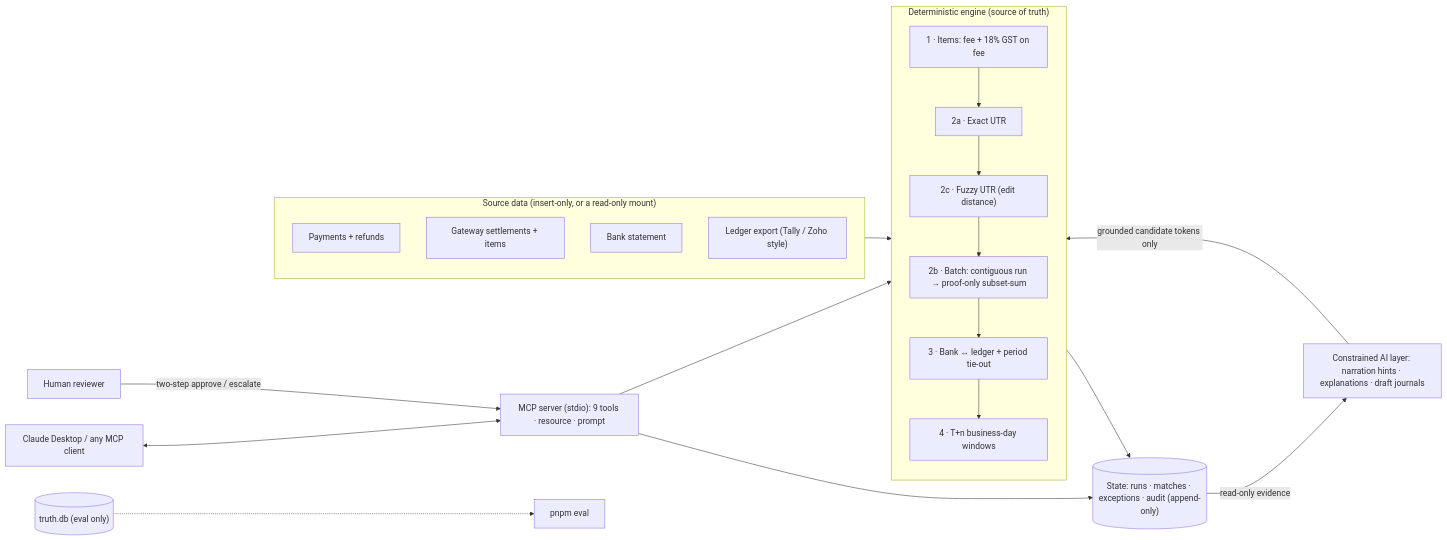
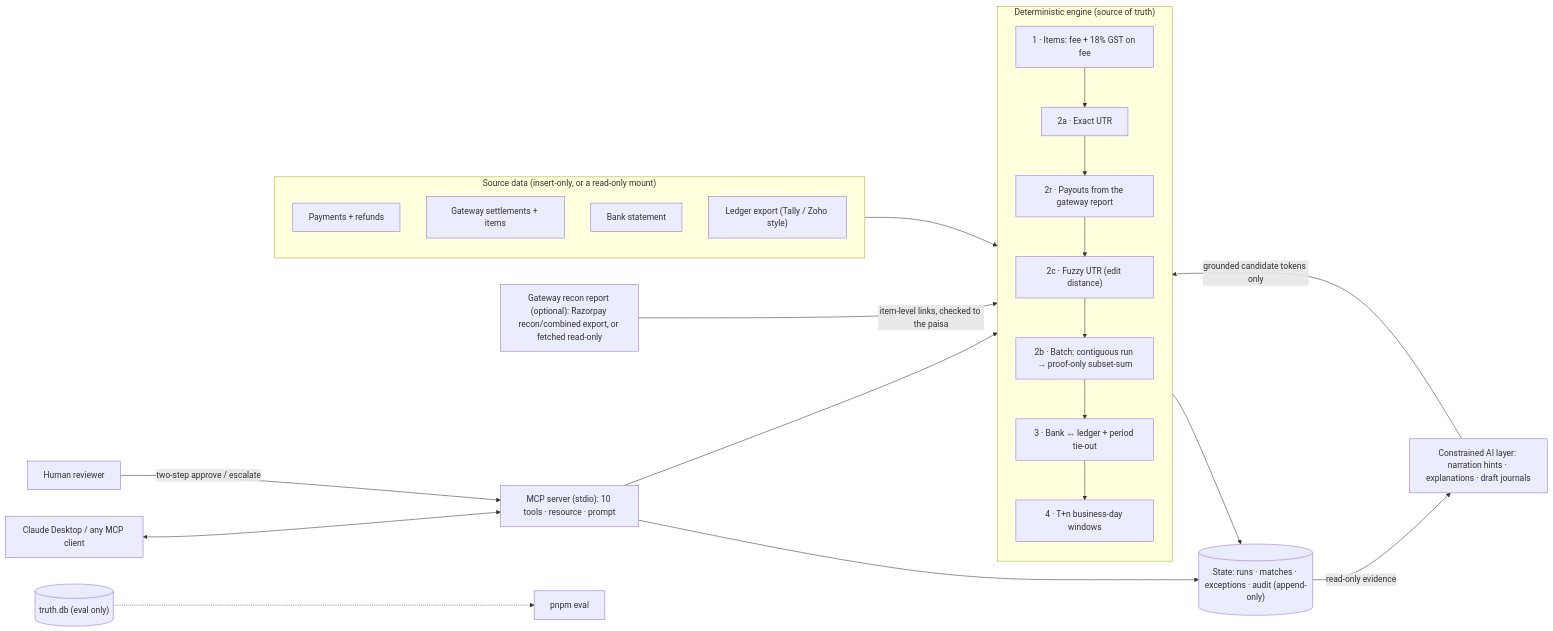
The diagram in README.md (hmshuv/closeloop), drawn with Mermaid before and after one commit. The commit also changed other lines of this file and 49 other files, not shown here.

````diff
--- a/README.md
+++ b/README.md
@@ -32,22 +32,24 @@
 ```mermaid
 flowchart LR
   subgraph SRC["Source data (insert-only, or a read-only mount)"]
     P["Payments + refunds"]
     S["Gateway settlements + items"]
     B["Bank statement"]
     L["Ledger export (Tally / Zoho style)"]
   end
+  R["Gateway recon report (optional): Razorpay recon/combined export, or fetched read-only"]
   subgraph ENG["Deterministic engine (source of truth)"]
     direction TB
-    E1["1 · Items: fee + 18% GST on fee"] --> E2a["2a · Exact UTR"] --> E2c["2c · Fuzzy UTR (edit distance)"] --> E2b["2b · Batch: contiguous run → proof-only subset-sum"] --> E3["3 · Bank ↔ ledger + period tie-out"] --> E4["4 · T+n business-day windows"]
+    E1["1 · Items: fee + 18% GST on fee"] --> E2a["2a · Exact UTR"] --> E2r["2r · Payouts from the gateway report"] --> E2c["2c · Fuzzy UTR (edit distance)"] --> E2b["2b · Batch: contiguous run → proof-only subset-sum"] --> E3["3 · Bank ↔ ledger + period tie-out"] --> E4["4 · T+n business-day windows"]
   end
+  R -- "item-level links, checked to the paisa" --> E2r
   SRC --> ENG --> ST[("State: runs · matches · exceptions · audit (append-only)")]
   AI["Constrained AI layer: narration hints · explanations · draft journals"]
   ST -- "read-only evidence" --> AI
   AI -- "grounded candidate tokens only" --> E2c
-  MCP["MCP server (stdio): 9 tools · resource · prompt"] --> ENG
+  MCP["MCP server (stdio): 10 tools · resource · prompt"] --> ENG
   MCP --> ST
   C["Claude Desktop / any MCP client"] <--> MCP
   H["Human reviewer"] -- "two-step approve / escalate" --> MCP
   T[("truth.db (eval only)")] -.-> EV["pnpm eval"]
 ```
````
